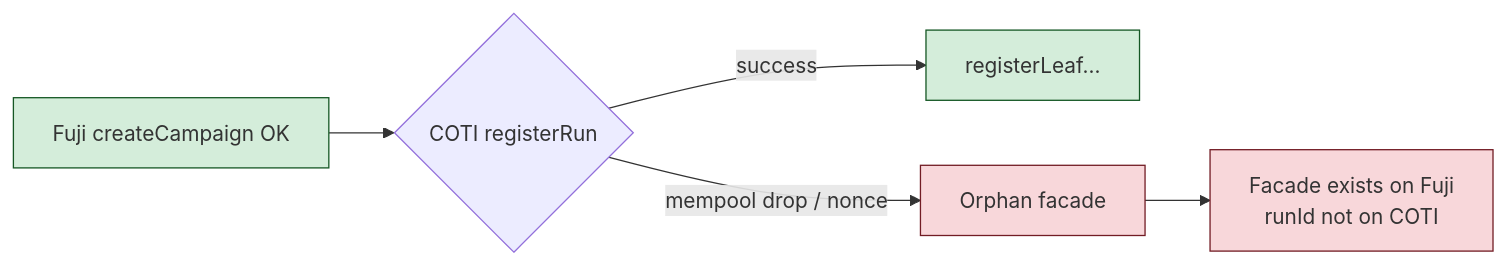
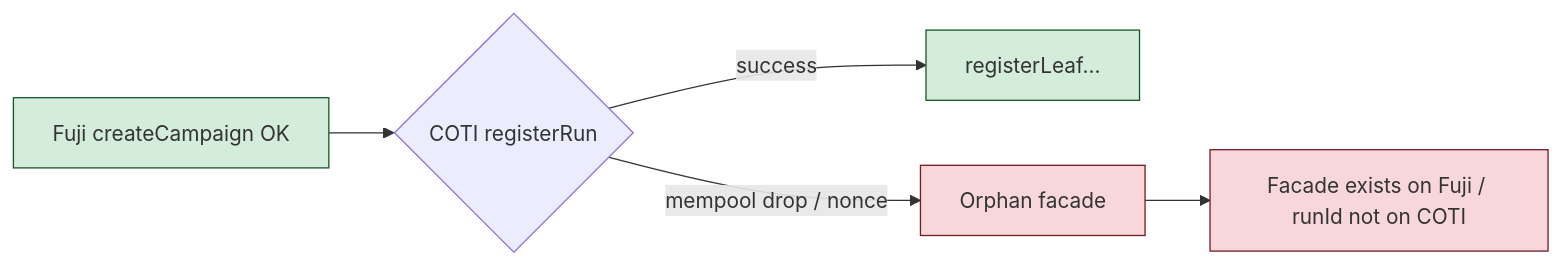
The third of 3 diagrams in ui/docs/createCampaign.md (cotitech-io/hrpayroll-ui), drawn with Mermaid before and after one commit. The commit also changed 1 other file, not shown here.

Commit message:
Fix mermaid syntax so fund and create flow diagrams render
Sequence notes reject HTML breaks and some punctuation; flatten labels so GitHub can parse the charts.

````diff
--- a/ui/docs/createCampaign.md
+++ b/ui/docs/createCampaign.md
@@ -88,12 +88,12 @@
 ```mermaid
 flowchart LR
   F[Fuji createCampaign OK] --> O{COTI registerRun}
   O -->|success| L[registerLeaf…]
   O -->|mempool drop / nonce| X[Orphan facade]
-  X --> M[Facade exists on Fuji<br/>runId not on COTI]
+  X --> M[Facade exists on Fuji / runId not on COTI]
 
   style X fill:#f8d7da,stroke:#721c24
   style M fill:#f8d7da,stroke:#721c24
   style F fill:#d4edda,stroke:#155724
   style L fill:#d4edda,stroke:#155724
 ```
````
